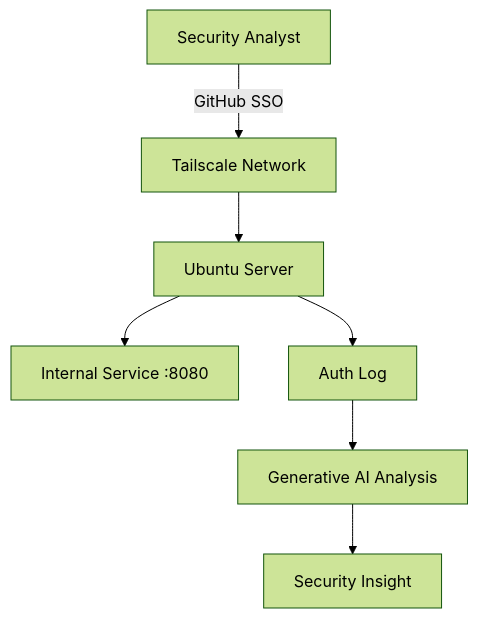
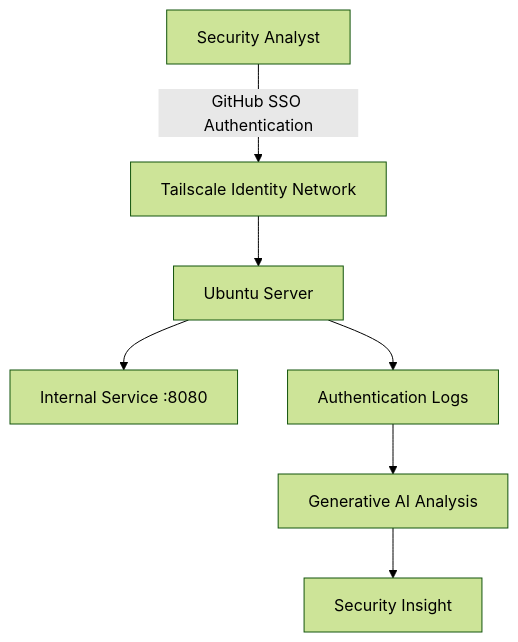
The diagram in docs/index.md (prithvin04/zero-trust-identity-lab), drawn with Mermaid (forest theme) before and after one commit. The commit also changed other lines of this file, not shown here.

````diff
--- a/docs/index.md
+++ b/docs/index.md
@@ -11,18 +29,17 @@
 ```mermaid
 graph TD
 
 User[Security Analyst]
 
-User -->|GitHub SSO| Tailscale[Tailscale Network]
+User -->|GitHub SSO Authentication| Tailscale[Tailscale Identity Network]
 
 Tailscale --> Server[Ubuntu Server]
 
 Server --> Service[Internal Service :8080]
 
-Server --> Logs[Auth Log]
+Server --> Logs[Authentication Logs]
 
 Logs --> GenAI[Generative AI Analysis]
 
 GenAI --> Analyst[Security Insight]
-
 ```
````
